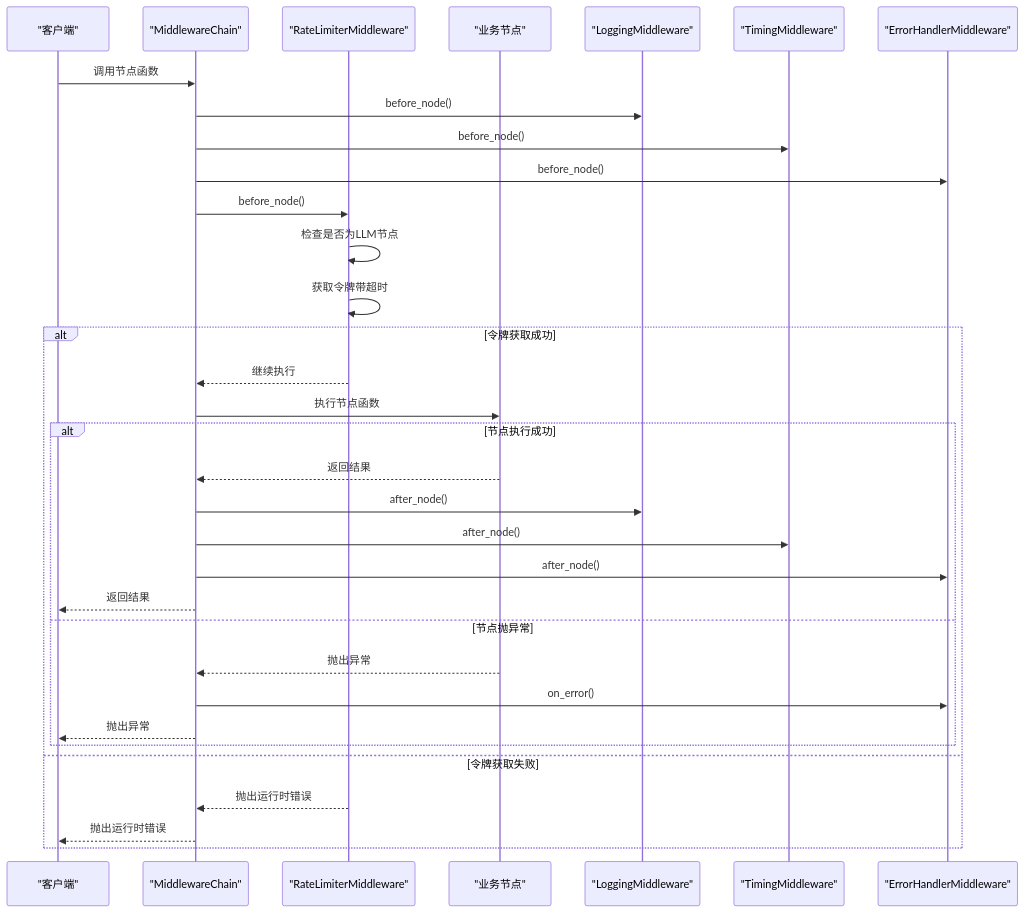
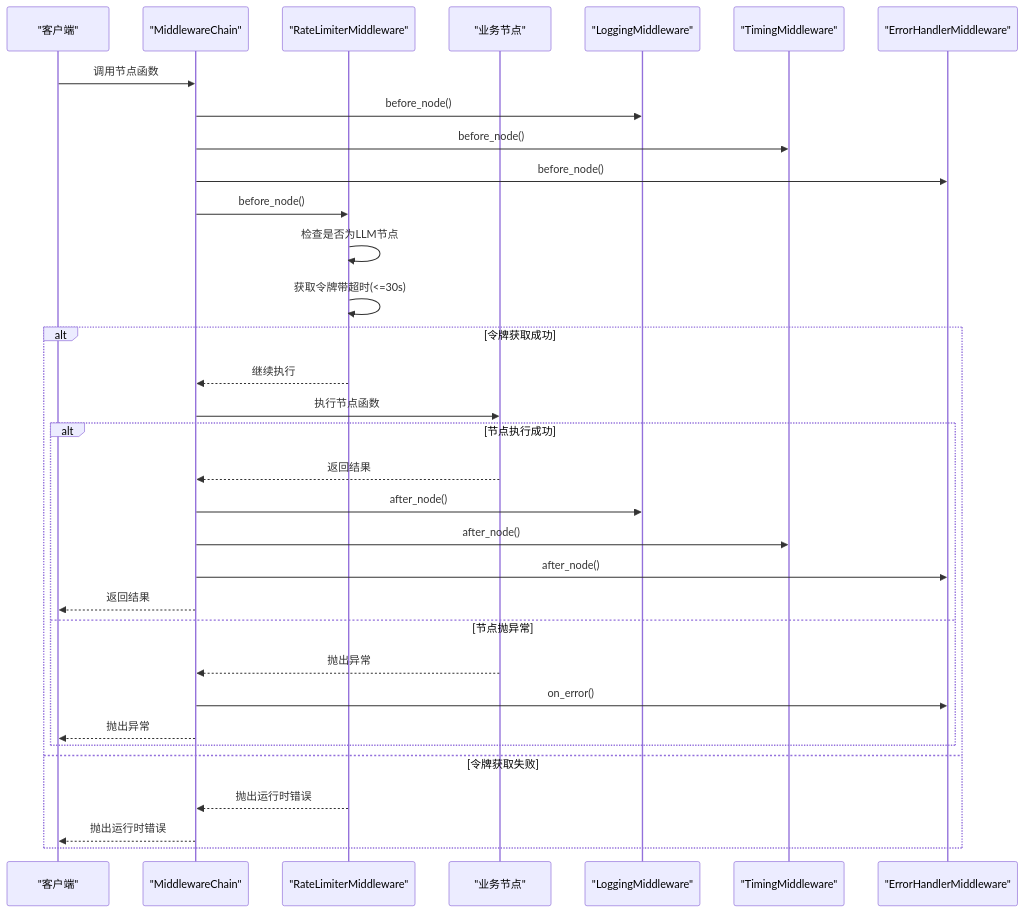
The second of 6 diagrams in .qoder/repowiki/zh/content/中间件系统设计/速率限制中间件.md (Yijtu/multi-agent-customer-service), drawn with Mermaid before and after one commit. The commit also changed other lines of this file and 28 other files, not shown here.

````diff
--- a/.qoder/repowiki/zh/content/中间件系统设计/速率限制中间件.md
+++ b/.qoder/repowiki/zh/content/中间件系统设计/速率限制中间件.md
@@ -83,35 +88,35 @@
 ```mermaid
 sequenceDiagram
 participant Client as "客户端"
 participant Chain as "MiddlewareChain"
 participant RL as "RateLimiterMiddleware"
 participant Node as "业务节点"
 participant Log as "LoggingMiddleware"
 participant Tim as "TimingMiddleware"
 participant Err as "ErrorHandlerMiddleware"
 Client->>Chain : 调用节点函数
 Chain->>Log : before_node()
 Chain->>Tim : before_node()
 Chain->>Err : before_node()
 Chain->>RL : before_node()
 RL->>RL : 检查是否为LLM节点
-RL->>RL : 获取令牌带超时
+RL->>RL : 获取令牌带超时(<=30s)
 alt 令牌获取成功
 RL-->>Chain : 继续执行
 Chain->>Node : 执行节点函数
 alt 节点执行成功
 Node-->>Chain : 返回结果
 Chain->>Log : after_node()
 Chain->>Tim : after_node()
 Chain->>Err : after_node()
 Chain-->>Client : 返回结果
 else 节点抛异常
 Node-->>Chain : 抛出异常
 Chain->>Err : on_error()
 Chain-->>Client : 抛出异常
 end
 else 令牌获取失败
 RL-->>Chain : 抛出运行时错误
 Chain-->>Client : 抛出运行时错误
 end
 ```
````
